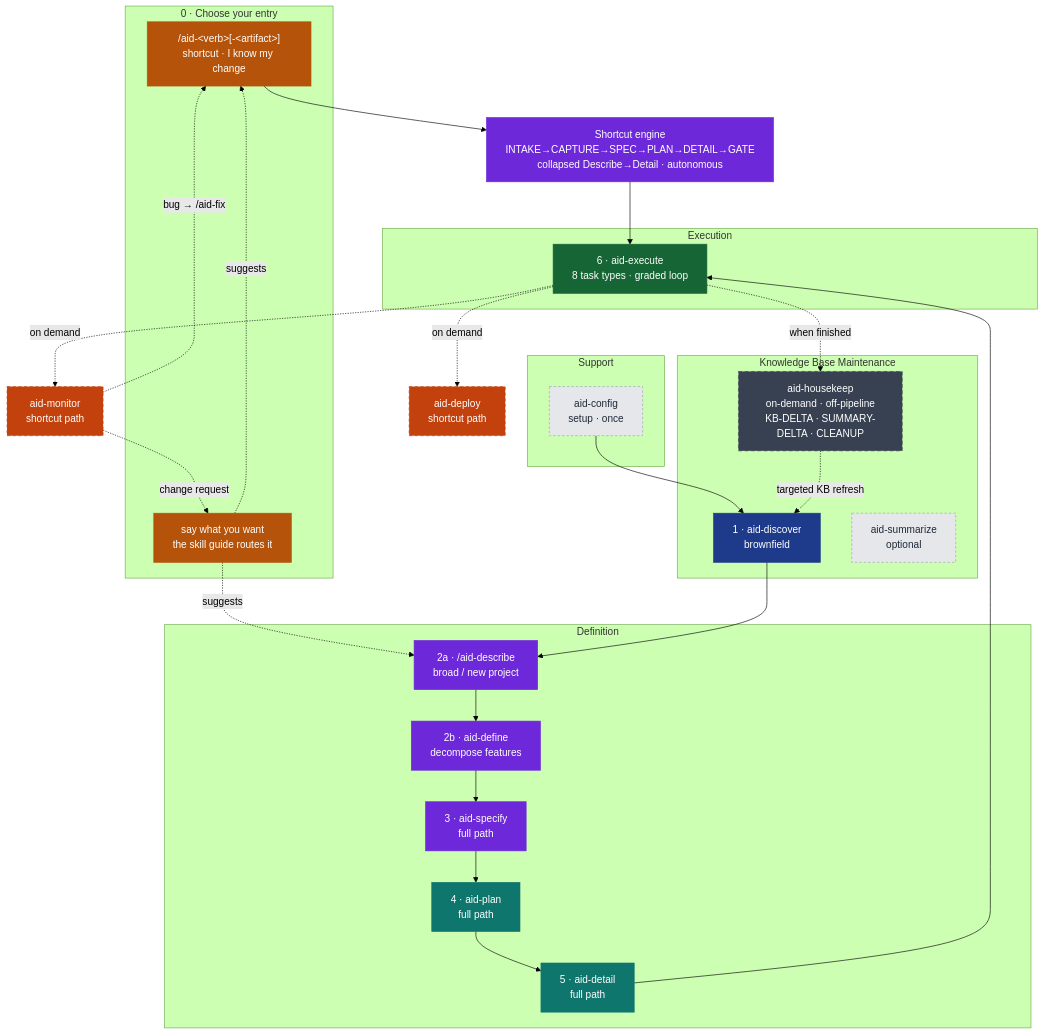
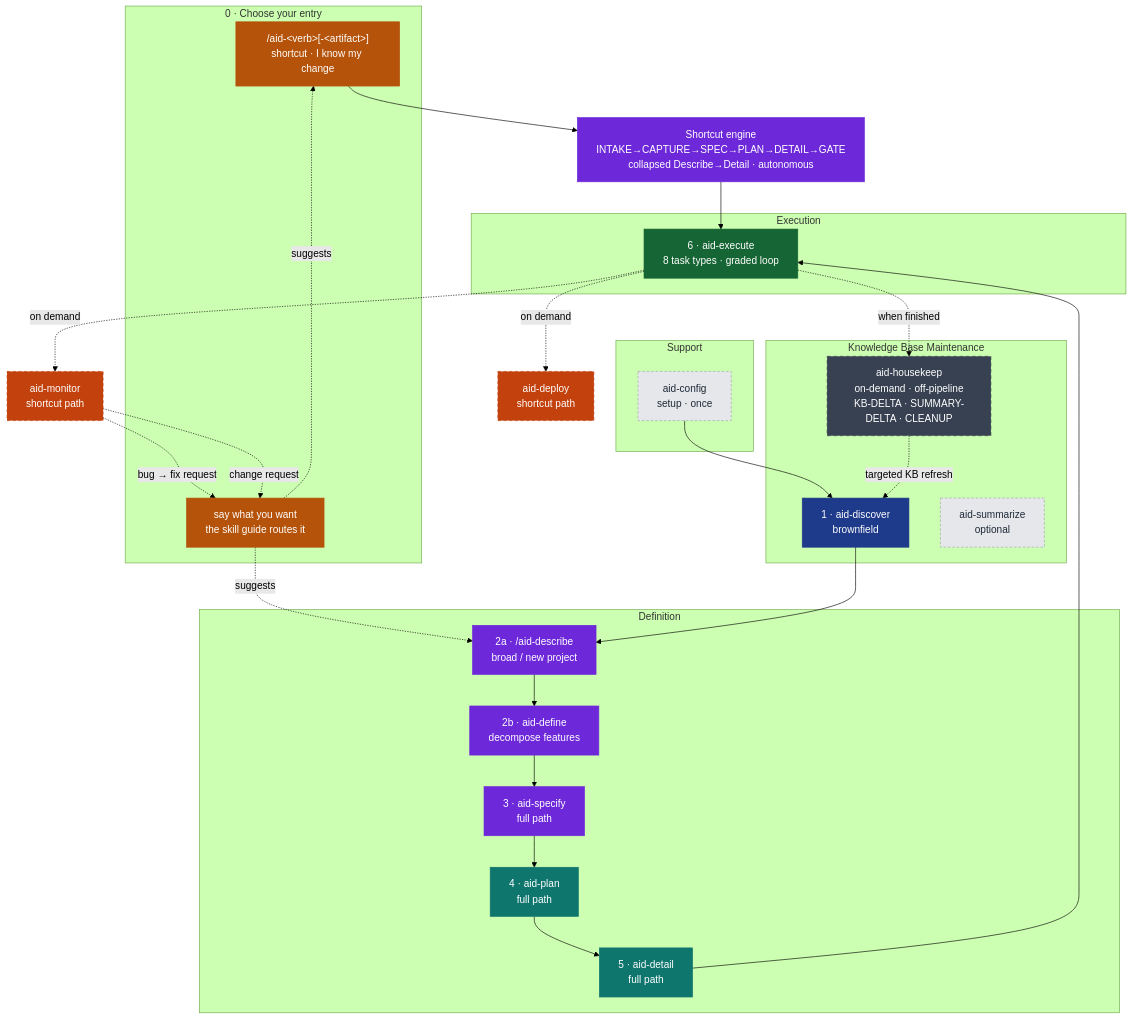
Before and after one commit to AndreVianna/aid-methodology: the diagram in site/src/content/docs/index.mdx, drawn with Mermaid (forest theme). The commit also changed 141 other files, not shown here.

````diff
--- a/site/src/content/docs/index.mdx
+++ b/site/src/content/docs/index.mdx
@@ -25,50 +25,50 @@
 ```mermaid
 flowchart TB
     classDef prep    fill:#1E3A8A,stroke:#1E3A8A,color:#ffffff
     classDef def     fill:#6D28D9,stroke:#6D28D9,color:#ffffff
     classDef map     fill:#0F766E,stroke:#0F766E,color:#ffffff
     classDef exe     fill:#166534,stroke:#166534,color:#ffffff
     classDef delopt  fill:#C2410C,stroke:#C2410C,color:#ffffff,stroke-dasharray:5 4
     classDef aux     fill:#E5E7EB,stroke:#9CA3AF,color:#1F2937,stroke-dasharray:4 3
     classDef offpipe fill:#374151,stroke:#374151,color:#ffffff,stroke-dasharray:6 4
     classDef entry   fill:#B45309,stroke:#B45309,color:#ffffff
 
     subgraph G0[" 0 · Choose your entry "]
         SC["/aid-&lt;verb&gt;[-&lt;artifact&gt;]<br/>shortcut · I know my change"]:::entry
         TR["say what you want<br/>the skill guide routes it"]:::entry
     end
     subgraph GS[" Support "]
         Init["aid-config<br/>setup · once"]:::aux
     end
     subgraph G1[" Knowledge Base Maintenance "]
         Disc["1 · aid-discover<br/>brownfield"]:::prep
         Sum["aid-summarize<br/>optional"]:::aux
         HK["aid-housekeep<br/>on-demand · off-pipeline<br/>KB-DELTA · SUMMARY-DELTA · CLEANUP"]:::offpipe
     end
     subgraph G2[" Definition "]
         Desc["2a · /aid-describe<br/>broad / new project"]:::def
         Def["2b · aid-define<br/>decompose features"]:::def
         Spec["3 · aid-specify<br/>full path"]:::def
         Plan["4 · aid-plan<br/>full path"]:::map
         Det["5 · aid-detail<br/>full path"]:::map
     end
     subgraph G4[" Execution "]
         Exe["6 · aid-execute<br/>8 task types · graded loop"]:::exe
     end
 
     Eng["Shortcut engine<br/>INTAKE→CAPTURE→SPEC→PLAN→DETAIL→GATE<br/>collapsed Describe→Detail · autonomous"]:::def
     Dep["aid-deploy<br/>shortcut path"]:::delopt
     Mon["aid-monitor<br/>shortcut path"]:::delopt
 
     TR -. suggests .-> SC
     TR -. suggests .-> Desc
     Init --> Disc --> Desc
     SC --> Eng --> Exe
     Desc --> Def --> Spec --> Plan --> Det --> Exe
     Exe -. "on demand" .-> Dep
     Exe -. "on demand" .-> Mon
     Exe -. "when finished" .-> HK
     HK  -. "targeted KB refresh" .-> Disc
-    Mon -. "bug → /aid-fix" .-> SC
+    Mon -. "bug → fix request" .-> TR
     Mon -. "change request" .-> TR
 ```
````
